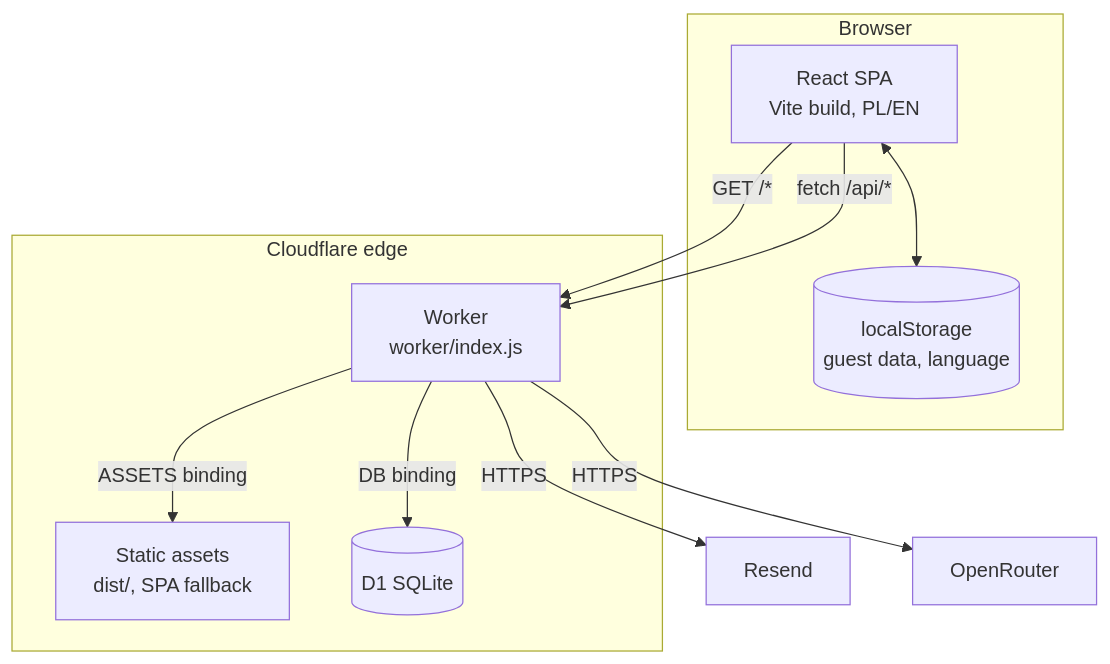
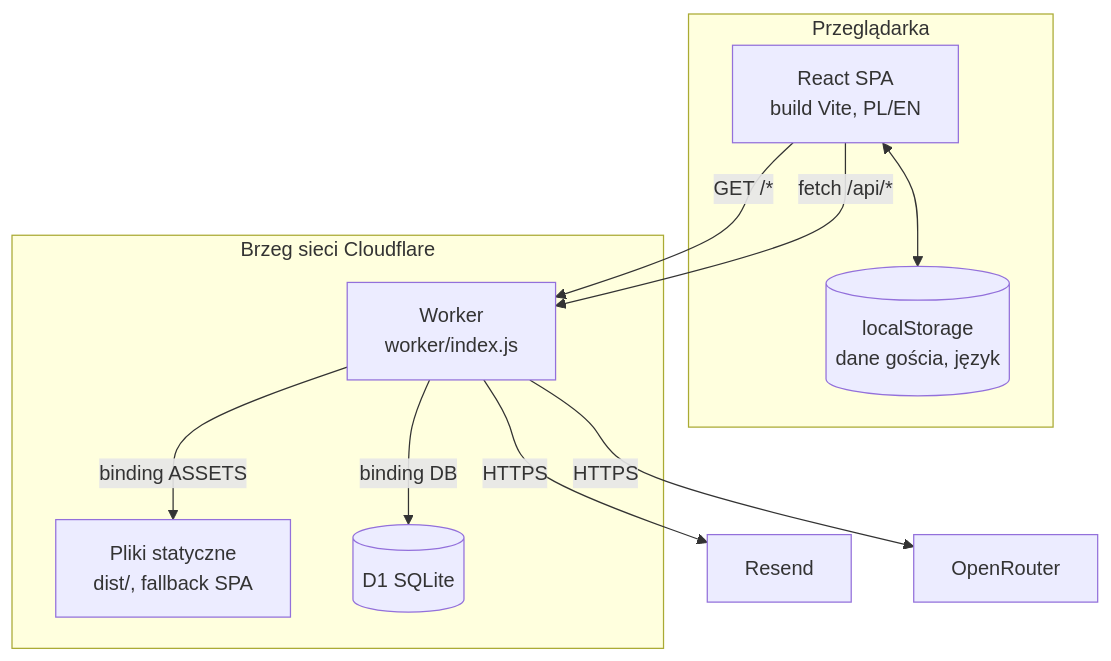
One commit to DLiHealer/bridgeway changed the second of 8 diagrams in docs/ARCHITECTURE.md. Above: the diagram before and after it, drawn with Mermaid. The commit also changed other lines of this file and 11 other files, not shown here.

````diff
--- a/docs/ARCHITECTURE.md
+++ b/docs/ARCHITECTURE.md
@@ -56,21 +56,21 @@
 ```mermaid
 flowchart TB
-  subgraph Browser
-    SPA[React SPA<br/>Vite build, PL/EN]
-    LS[(localStorage<br/>guest data, language)]
+  subgraph Przeglądarka
+    SPA[React SPA<br/>build Vite, PL/EN]
+    LS[(localStorage<br/>dane gościa, język)]
     SPA <--> LS
   end
 
-  subgraph Cloudflare edge
+  subgraph Brzeg sieci Cloudflare
     W[Worker<br/>worker/index.js]
-    A[Static assets<br/>dist/, SPA fallback]
+    A[Pliki statyczne<br/>dist/, fallback SPA]
     D[(D1 SQLite)]
-    W -- ASSETS binding --> A
-    W -- DB binding --> D
+    W -- binding ASSETS --> A
+    W -- binding DB --> D
   end
 
   SPA -- "GET /*" --> W
   SPA -- "fetch /api/*" --> W
   W -- HTTPS --> RS[Resend]
   W -- HTTPS --> OR[OpenRouter]
 ```
````
